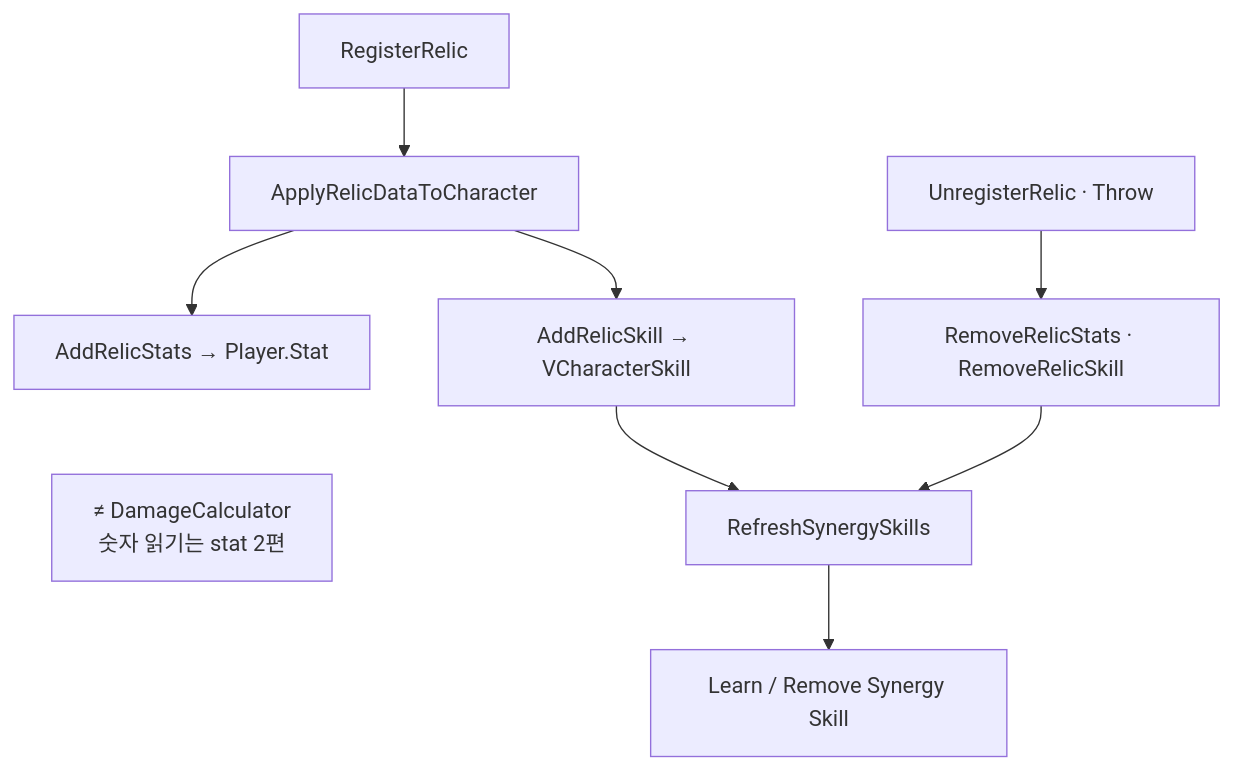
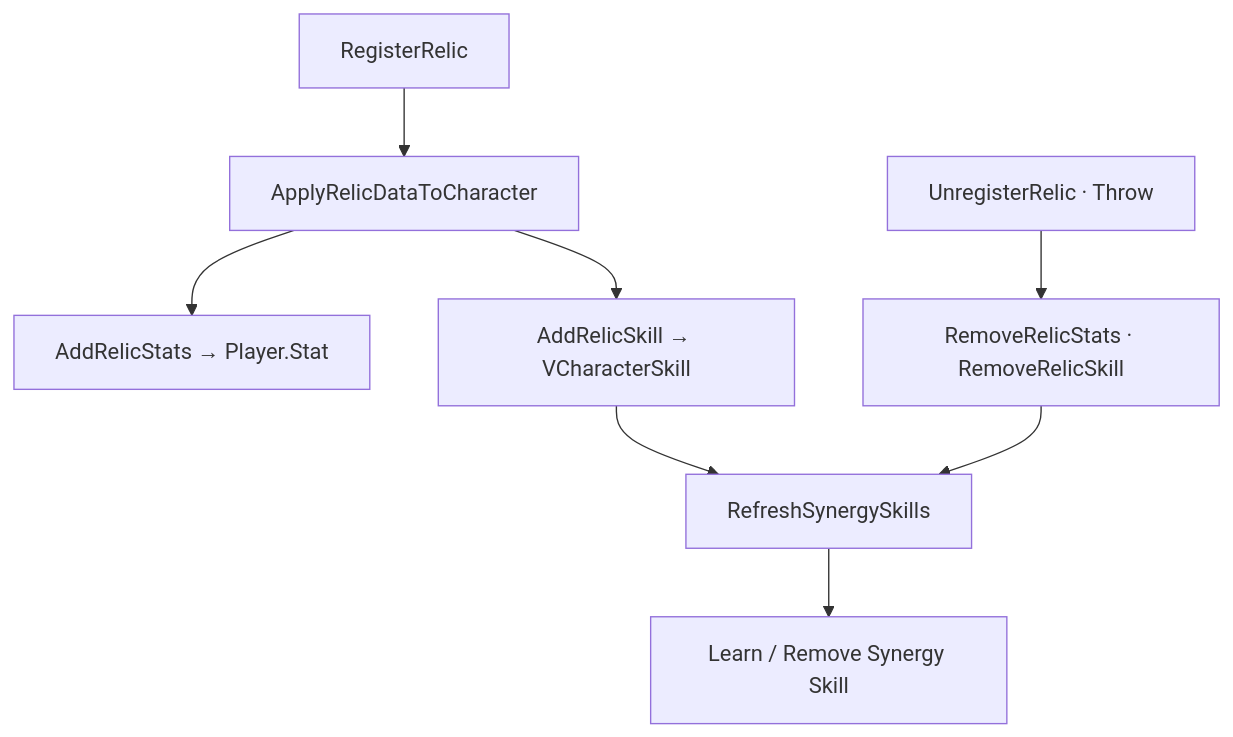
The diagram in notes/dragon-relic-apply.md (monet5379/monet5379.github.io), drawn with Mermaid before and after one commit. The commit also changed other lines of this file and 24 other files, not shown here.

Commit message:
콘텐츠(notes): project 목록 FM과 복수 증명·Mermaid·회고 슬롯을 맞춥니다.

````diff
--- a/notes/dragon-relic-apply.md
+++ b/notes/dragon-relic-apply.md
@@ -55,13 +51,10 @@
 ```mermaid
 flowchart TD
   R["RegisterRelic"] --> A["ApplyRelicDataToCharacter"]
   A --> ST["AddRelicStats → Player.Stat"]
   A --> SK["AddRelicSkill → VCharacterSkill"]
   SK --> SY["RefreshSynergySkills"]
   SY --> SL["Learn / Remove Synergy Skill"]
   U["UnregisterRelic · Throw"] --> RST["RemoveRelicStats · RemoveRelicSkill"]
   RST --> SY
-
-  NOTE["≠ DamageCalculator<br/>숫자 읽기는 stat 2편"]
-  ST ~~~ NOTE
 ```
````
